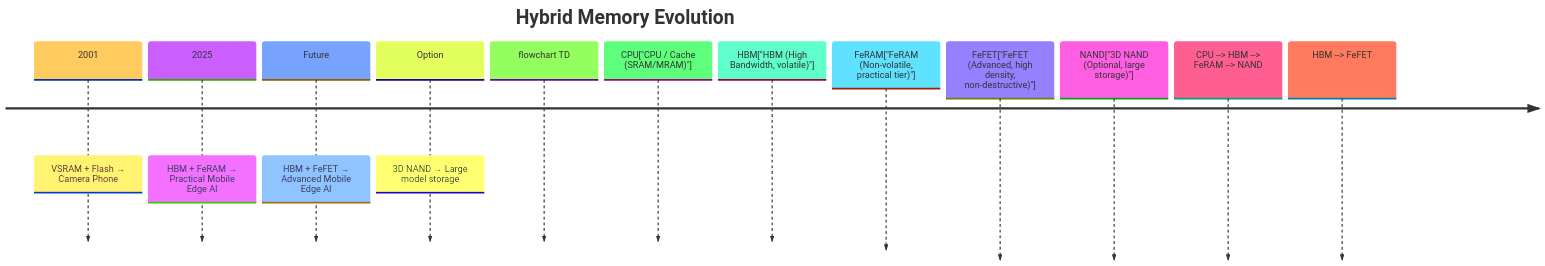
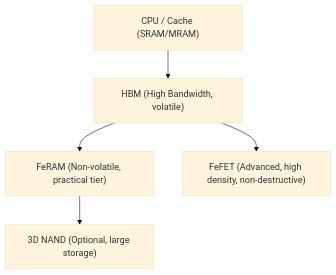
One commit to Samizo-AITL/Edusemi-Plus changed the second of 2 diagrams in archive/in2001/VSRAM_2001.md. Above: the diagram before and after it, drawn with Mermaid (base theme).

````diff
--- a/archive/in2001/VSRAM_2001.md
+++ b/archive/in2001/VSRAM_2001.md
@@ -134,18 +142,11 @@
 ```mermaid
-timeline
-    title Hybrid Memory Evolution
-    2001 : VSRAM + Flash → Camera Phone
-    2025 : HBM + FeRAM → Practical Mobile Edge AI
-    Future : HBM + FeFET → Advanced Mobile Edge AI
-    Option : 3D NAND → Large model storage
-
 flowchart TD
     CPU["CPU / Cache (SRAM/MRAM)"]
     HBM["HBM (High Bandwidth, volatile)"]
     FeRAM["FeRAM (Non-volatile, practical tier)"]
     FeFET["FeFET (Advanced, high density, non-destructive)"]
     NAND["3D NAND (Optional, large storage)"]
 
     CPU --> HBM --> FeRAM --> NAND
     HBM --> FeFET
 ```
````
